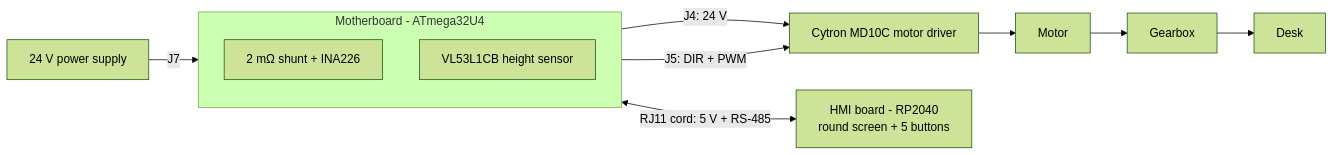
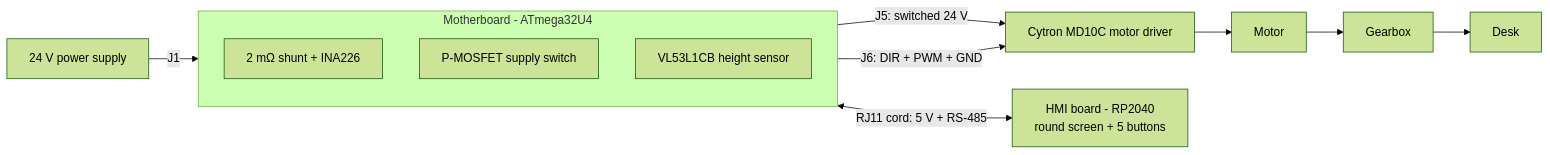
Before and after one commit to Diabltica/Desktopia: the diagram in README.md, drawn with Mermaid (forest theme). The commit also changed other lines of this file and 4 other files, not shown here.

First line of the commit message:
hardware: motor supply switch, schematics redrawn with fewer labels, re-annotation

````diff
--- a/README.md
+++ b/README.md
@@ -14,13 +14,14 @@
 ```mermaid
 flowchart LR
-    PSU[24 V power supply] -->|J7| MB
+    PSU[24 V power supply] -->|J1| MB
     subgraph MB[Motherboard - ATmega32U4]
         direction TB
         SHUNT[2 mΩ shunt + INA226]
+        SW[P-MOSFET supply switch]
         TOF[VL53L1CB height sensor]
     end
-    MB -->|J4: 24 V| DRV[Cytron MD10C motor driver]
-    MB -->|J5: DIR + PWM| DRV
+    MB -->|J5: switched 24 V| DRV[Cytron MD10C motor driver]
+    MB -->|J6: DIR + PWM + GND| DRV
     DRV --> MOTOR[Motor] --> GEAR[Gearbox] --> DESK[Desk]
     MB <-->|RJ11 cord: 5 V + RS-485| HMI[HMI board - RP2040<br/>round screen + 5 buttons]
 ```
````
